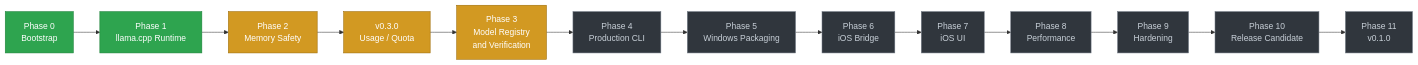
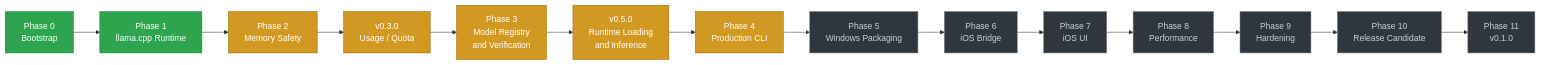
One commit to SHalimoosavi/SYJ-EdgeMind changed the first of 3 diagrams in README.md. Above: the diagram before and after it, drawn with Mermaid. The commit also changed other lines of this file and 16 other files, not shown here.

````diff
--- a/README.md
+++ b/README.md
@@ -52,19 +53,20 @@
 ```mermaid
 flowchart LR
     P0["Phase 0<br/>Bootstrap"]:::confirmed --> P1["Phase 1<br/>llama.cpp Runtime"]:::confirmed
     P1 --> P2["Phase 2<br/>Memory Safety"]:::implemented
     P2 --> PQ["v0.3.0<br/>Usage / Quota"]:::implemented
     PQ --> P3["Phase 3<br/>Model Registry<br/>and Verification"]:::implemented
-    P3 --> P4["Phase 4<br/>Production CLI"]:::planned
+    P3 --> V5["v0.5.0<br/>Runtime Loading<br/>and Inference"]:::implemented
+    V5 --> P4["Phase 4<br/>Production CLI"]:::implemented
     P4 --> P5["Phase 5<br/>Windows Packaging"]:::planned
     P5 --> P6["Phase 6<br/>iOS Bridge"]:::planned
     P6 --> P7["Phase 7<br/>iOS UI"]:::planned
     P7 --> P8["Phase 8<br/>Performance"]:::planned
     P8 --> P9["Phase 9<br/>Hardening"]:::planned
     P9 --> P10["Phase 10<br/>Release Candidate"]:::planned
     P10 --> P11["Phase 11<br/>v0.1.0"]:::planned
 
     classDef confirmed fill:#2ea44f,stroke:#1a7f37,color:#fff
     classDef implemented fill:#d29922,stroke:#9a6700,color:#fff
     classDef planned fill:#30363d,stroke:#6e7681,color:#c9d1d9
 ```
````
